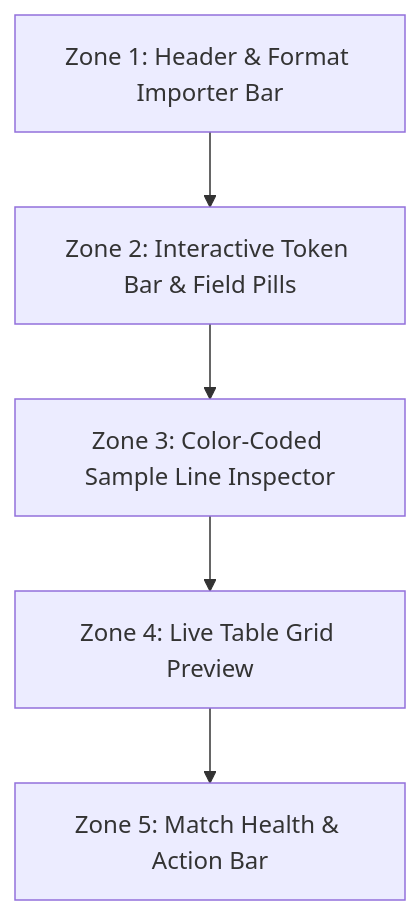
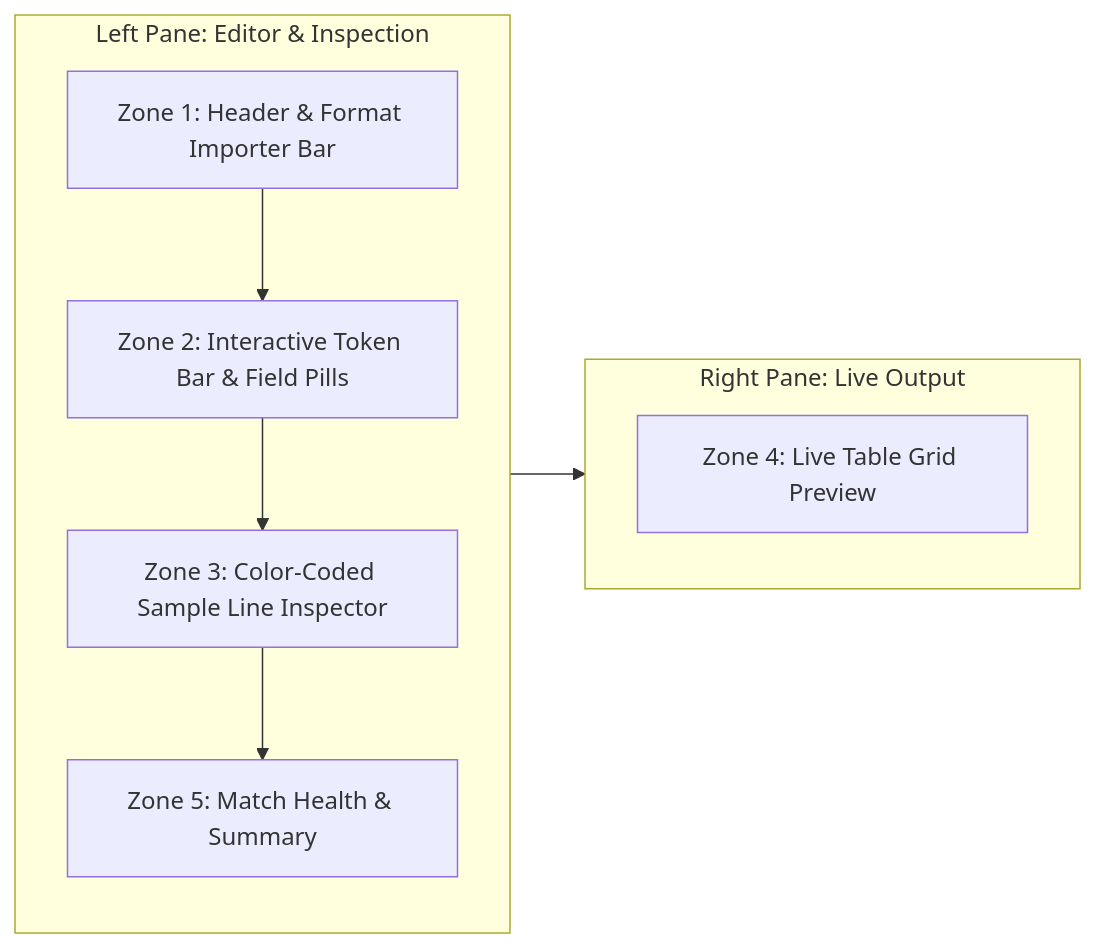
Before and after one commit to kevinrjones/klogviewer: the diagram in docs/PATTERN-WIZARD-UI-DESIGN.md, drawn with Mermaid. The commit also changed other lines of this file and 15 other files, not shown here.

````diff
--- a/docs/PATTERN-WIZARD-UI-DESIGN.md
+++ b/docs/PATTERN-WIZARD-UI-DESIGN.md
@@ -14,13 +14,18 @@
 ```mermaid
-flowchart TD
-    Header[Zone 1: Header & Format Importer Bar]
-    TokenBar[Zone 2: Interactive Token Bar & Field Pills]
-    SampleInspector[Zone 3: Color-Coded Sample Line Inspector]
-    TablePreview[Zone 4: Live Table Grid Preview]
-    ActionBar[Zone 5: Match Health & Action Bar]
+flowchart LR
+    subgraph LeftPane[Left Pane: Editor & Inspection]
+        Header[Zone 1: Header & Format Importer Bar]
+        TokenBar[Zone 2: Interactive Token Bar & Field Pills]
+        SampleInspector[Zone 3: Color-Coded Sample Line Inspector]
+        MatchSummary[Zone 5: Match Health & Summary]
+        Header --> TokenBar
+        TokenBar --> SampleInspector
+        SampleInspector --> MatchSummary
+    end
 
-    Header --> TokenBar
-    TokenBar --> SampleInspector
-    SampleInspector --> TablePreview
-    TablePreview --> ActionBar
+    subgraph RightPane[Right Pane: Live Output]
+        TablePreview[Zone 4: Live Table Grid Preview]
+    end
+
+    LeftPane --> RightPane
 ```
````
